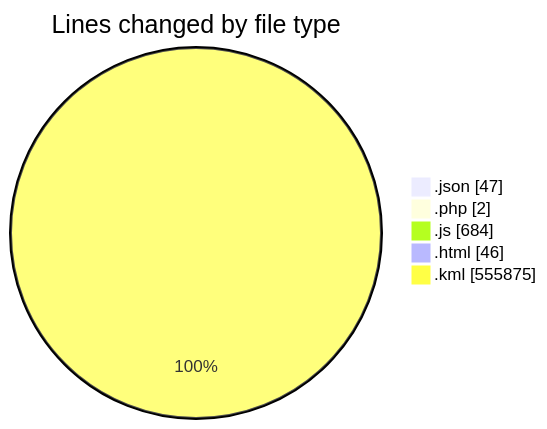
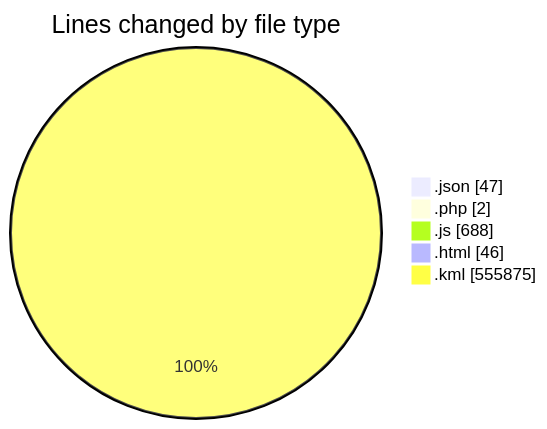
Before and after one commit to LanceThiago/code-tracking: the first of 2 diagrams in 2025-03-27/kml/README.md, drawn with Mermaid. The commit also changed other lines of this file and 1 other file, not shown here.

````diff
--- a/2025-03-27/kml/README.md
+++ b/2025-03-27/kml/README.md
@@ -28,9 +28,9 @@
 ```mermaid
 pie showData
 title Lines changed by file type
 ".json" : 47
 ".php" : 2
-".js" : 684
+".js" : 688
 ".html" : 46
 ".kml" : 555875
 ```
````
